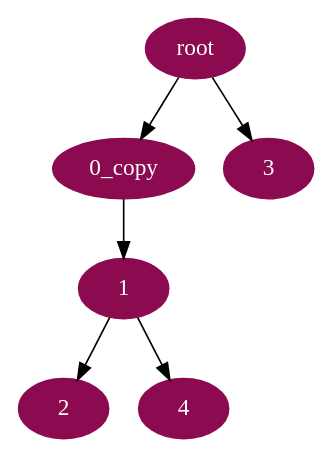
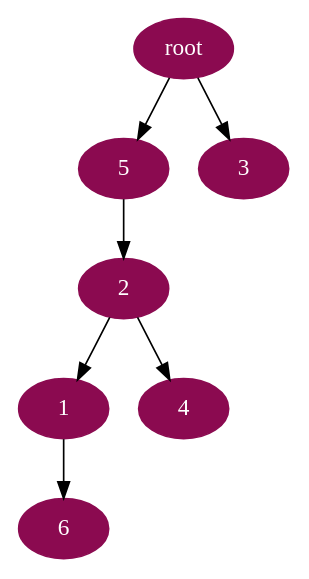
One commit to Maxalcer/Master_Thesis changed the diagram in Data/test_0__n5_m5_fn0.200_fp1.000e-02.gv. Above: the diagram before and after it, drawn with Graphviz. The commit also changed 16 other files, not shown here.

```diff
--- a/Data/test_0__n5_m5_fn0.200_fp1.000e-02.gv
+++ b/Data/test_0__n5_m5_fn0.200_fp1.000e-02.gv
@@ -1,8 +1,9 @@
 digraph G {
 node [color=deeppink4, style=filled, fontcolor=white];
-"0_copy" -> 1;
-1 -> 2;
+2 -> 1;
+5 -> 2;
 "root" -> 3;
-1 -> 4;
-"root" -> "0_copy";
+2 -> 4;
+"root" -> 5;
+1 -> 6;
 }
```
